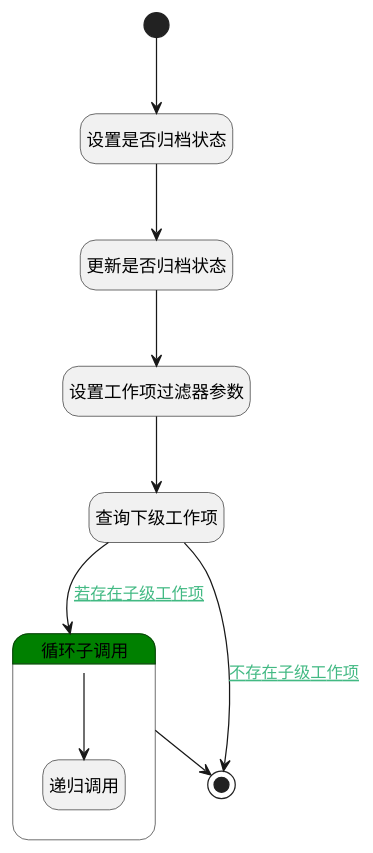
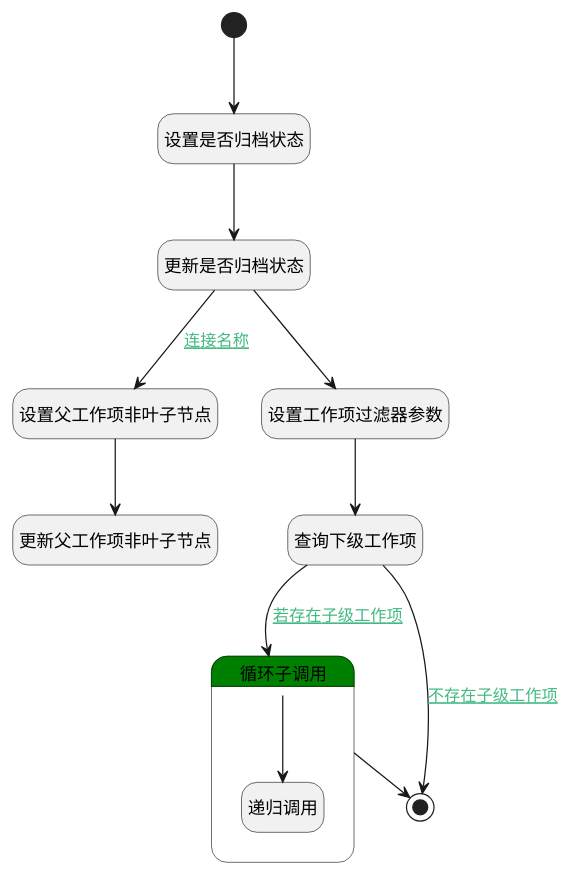
The diagram in doc/docsify/module/ProjMgmt/work_item/logic/activate.md (iBizLab/plm), drawn with PlantUML before and after one commit. The commit also changed other lines of this file and 862 other files, not shown here.

````diff
--- a/doc/docsify/module/ProjMgmt/work_item/logic/activate.md
+++ b/doc/docsify/module/ProjMgmt/work_item/logic/activate.md
@@ -7,33 +7,37 @@
 ```plantuml
 @startuml
 hide empty description
 <style>
 root {
   HyperlinkColor #42b983
 }
 </style>
 
 hide empty description
 state "开始" as Begin <<start>> [[$./activate#begin {"开始"}]]
 state "设置是否归档状态" as PREPAREPARAM2  [[$./activate#prepareparam2 {"设置是否归档状态"}]]
 state "更新是否归档状态" as DEACTION1  [[$./activate#deaction1 {"更新是否归档状态"}]]
+state "查询下级工作项" as DEDATASET1  [[$./activate#dedataset1 {"查询下级工作项"}]]
+state "设置父工作项非叶子节点" as PREPAREPARAM3  [[$./activate#prepareparam3 {"设置父工作项非叶子节点"}]]
+state "更新父工作项非叶子节点" as DEACTION2  [[$./activate#deaction2 {"更新父工作项非叶子节点"}]]
 state "设置工作项过滤器参数" as PREPAREPARAM1  [[$./activate#prepareparam1 {"设置工作项过滤器参数"}]]
-state "查询下级工作项" as DEDATASET1  [[$./activate#dedataset1 {"查询下级工作项"}]]
 state "结束" as END1 <<end>> [[$./activate#end1 {"结束"}]]
 state "循环子调用" as LOOPSUBCALL1  [[$./activate#loopsubcall1 {"循环子调用"}]] #green {
 state "递归调用" as DELOGIC1  [[$./activate#delogic1 {"递归调用"}]]
 }
 
 
 Begin --> PREPAREPARAM2
 PREPAREPARAM2 --> DEACTION1
 DEACTION1 --> PREPAREPARAM1
 PREPAREPARAM1 --> DEDATASET1
 DEDATASET1 --> LOOPSUBCALL1 : [[$./activate#dedataset1-loopsubcall1{若存在子级工作项} 若存在子级工作项]]
 LOOPSUBCALL1 --> DELOGIC1
 LOOPSUBCALL1 --> END1
 DEDATASET1 --> END1 : [[$./activate#dedataset1-end1{不存在子级工作项} 不存在子级工作项]]
+DEACTION1 --> PREPAREPARAM3 : [[$./activate#deaction1-prepareparam3{连接名称} 连接名称]]
+PREPAREPARAM3 --> DEACTION2
 
 
 @enduml
 ```
````
